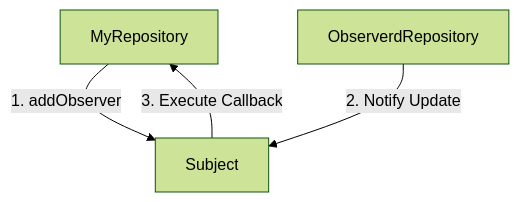
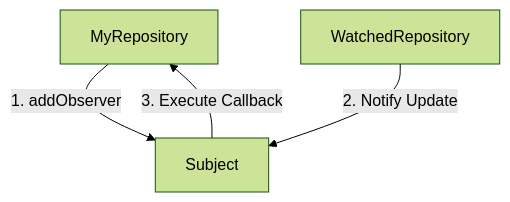
The diagram in docs/php/micro-orm/observers.md (byjg/byjg.github.io), drawn with Mermaid (forest theme) before and after one commit. The commit also changed other lines of this file and 4 other files, not shown here.

````diff
--- a/docs/php/micro-orm/observers.md
+++ b/docs/php/micro-orm/observers.md
@@ -5,6 +5,6 @@
 ```mermaid
 flowchart TD
     A[MyRepository] --> |1. addObserver| B[Subject]
-    C[ObserverdRepository] --> |2. Notify Update| B
+    C[WatchedRepository] --> |2. Notify Update| B
     B --> |3. Execute Callback| A
 ```
````
